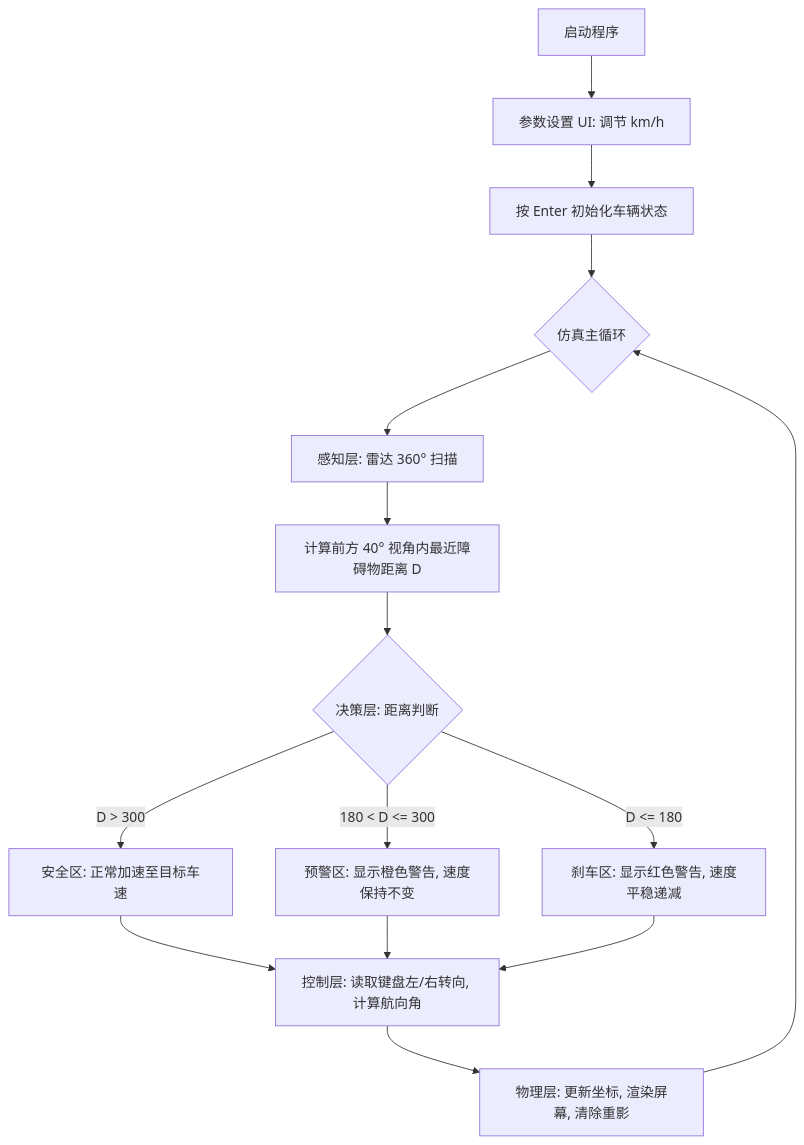
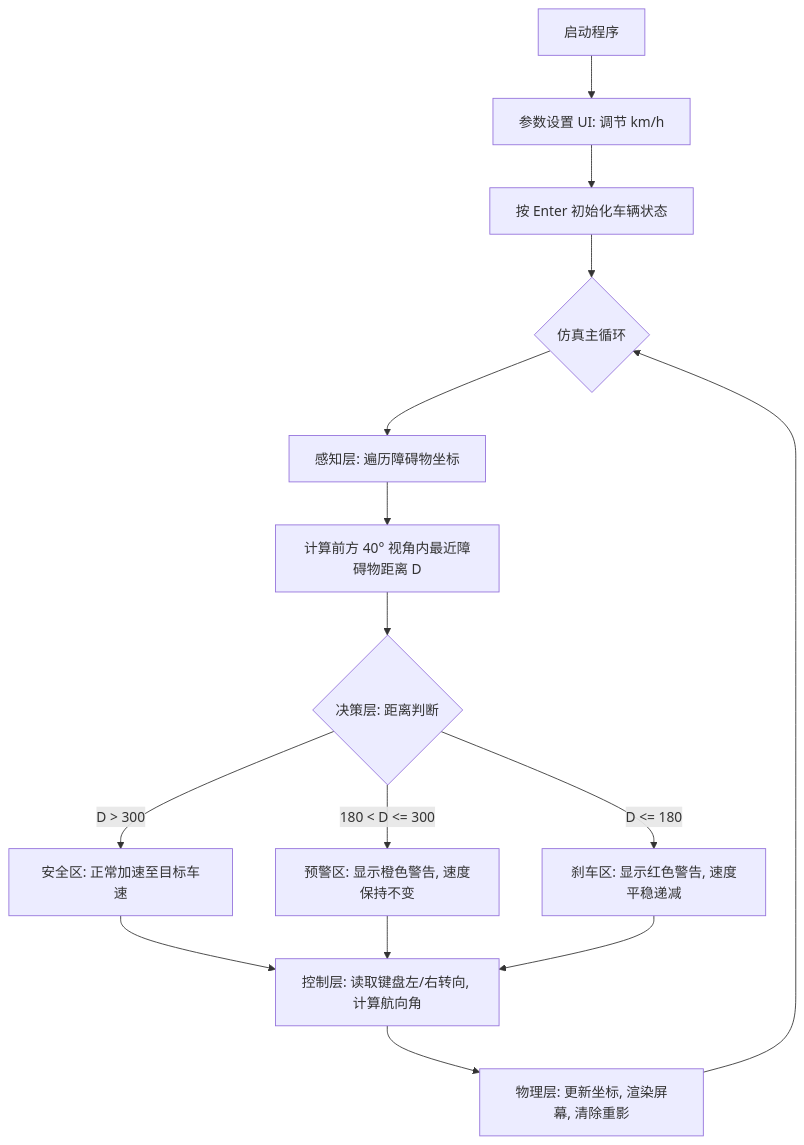
One commit to OpenHUTB/ros2 changed the diagram in docs/ground/vehicle_end_to_end_sim.md. Above: the diagram before and after it, drawn with Mermaid. The commit also changed other lines of this file and 3 other files, not shown here.

````diff
--- a/docs/ground/vehicle_end_to_end_sim.md
+++ b/docs/ground/vehicle_end_to_end_sim.md
@@ -87,17 +95,17 @@
 ```mermaid
 graph TD
     A[启动程序] --> B[参数设置 UI: 调节 km/h]
     B --> C[按 Enter 初始化车辆状态]
     C --> D{仿真主循环}
-    D --> E[感知层: 雷达 360° 扫描]
+    D --> E[感知层: 遍历障碍物坐标]
     E --> F[计算前方 40° 视角内最近障碍物距离 D]
     F --> G{决策层: 距离判断}
     G -->|D > 300| H[安全区: 正常加速至目标车速]
     G -->|180 < D <= 300| I[预警区: 显示橙色警告, 速度保持不变]
     G -->|D <= 180| J[刹车区: 显示红色警告, 速度平稳递减]
     H --> K[控制层: 读取键盘左/右转向, 计算航向角]
     I --> K
     J --> K
     K --> L[物理层: 更新坐标, 渲染屏幕, 清除重影]
     L --> D
 ```
````
